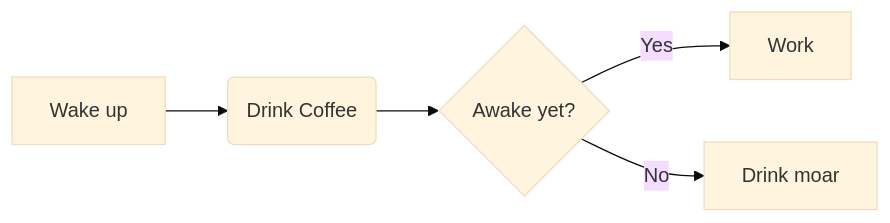
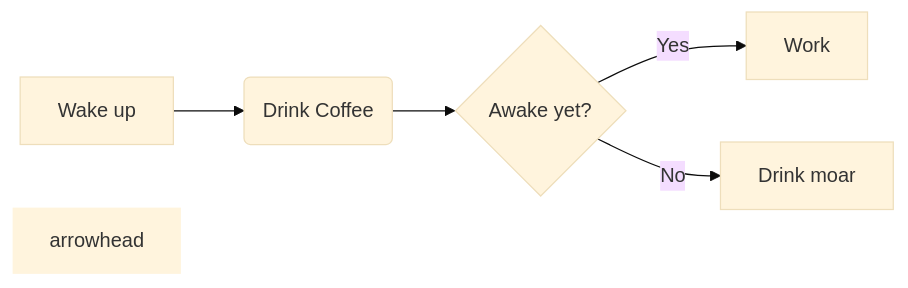
Before and after one commit to purpl3f0xtesting/purpl3f0xtesting.github.io: the first of 2 diagrams in _posts/2019-10-19-test.md, drawn with Mermaid (base theme).

```diff
--- a/_posts/2019-10-19-test.md
+++ b/_posts/2019-10-19-test.md
@@ -6,7 +6,8 @@
 <div class="mermaid">
   graph LR
     A[Wake up] --> B(Drink Coffee)
 	B --> C{Awake yet?}
 	C --> |Yes| D[Work]
 	C --> |No| E[Drink moar]
+  style arrowhead stroke: white
 </div>
```
